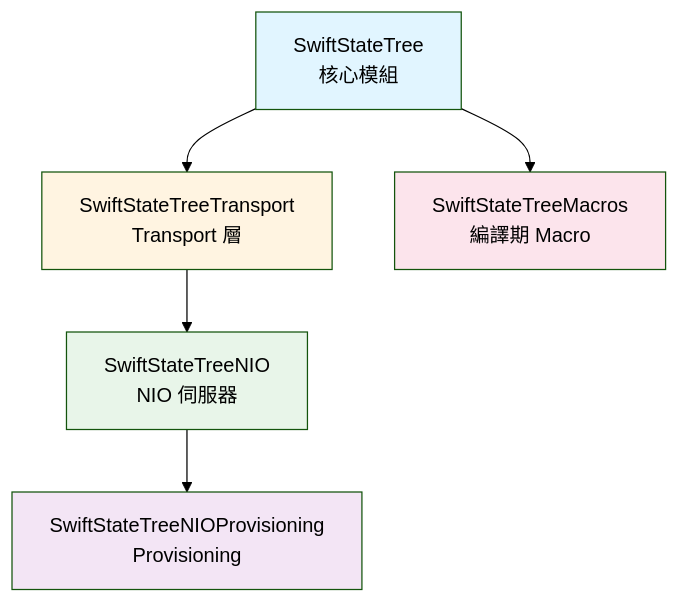
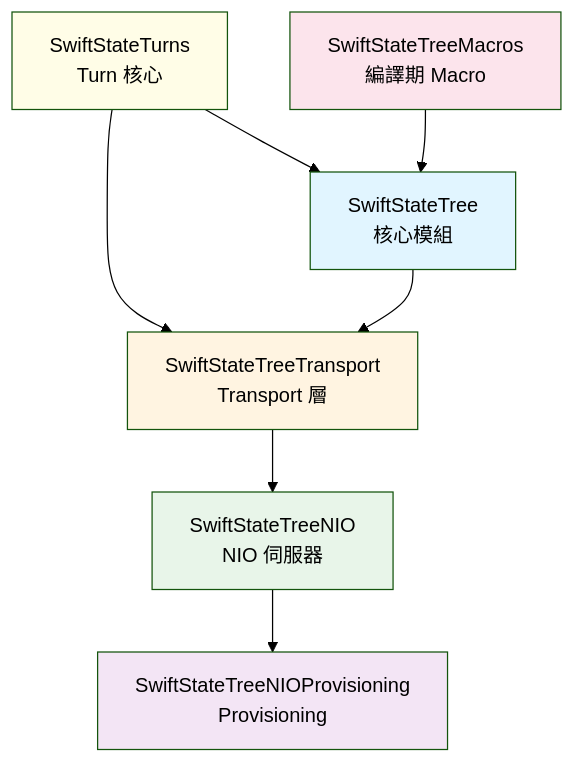
Before and after one commit to gmliao/swift-state-tree: the first of 5 diagrams in docs/overview.zh-TW.md, drawn with Mermaid (forest theme). The commit also changed other lines of this file and 9 other files, not shown here.

First line of the commit message:
Raise the remaining Swift floor mentions to 6.2 and map SwiftStateTurns (#546)

````diff
--- a/docs/overview.zh-TW.md
+++ b/docs/overview.zh-TW.md
@@ -26,19 +27,23 @@
 ```mermaid
 graph TD
     Core[SwiftStateTree<br/>核心模組]
     Transport[SwiftStateTreeTransport<br/>Transport 層]
     NIO[SwiftStateTreeNIO<br/>NIO 伺服器]
     Provisioning[SwiftStateTreeNIOProvisioning<br/>Provisioning]
     Macros[SwiftStateTreeMacros<br/>編譯期 Macro]
+    Turns[SwiftStateTurns<br/>Turn 核心]
     
+    Turns --> Core
+    Turns --> Transport
+    Macros --> Core
     Core --> Transport
-    Core --> Macros
     Transport --> NIO
     NIO --> Provisioning
     
     style Core fill:#e1f5ff
     style Transport fill:#fff4e1
     style NIO fill:#e8f5e9
     style Provisioning fill:#f3e5f5
     style Macros fill:#fce4ec
+    style Turns fill:#fffde7
 ```
````
